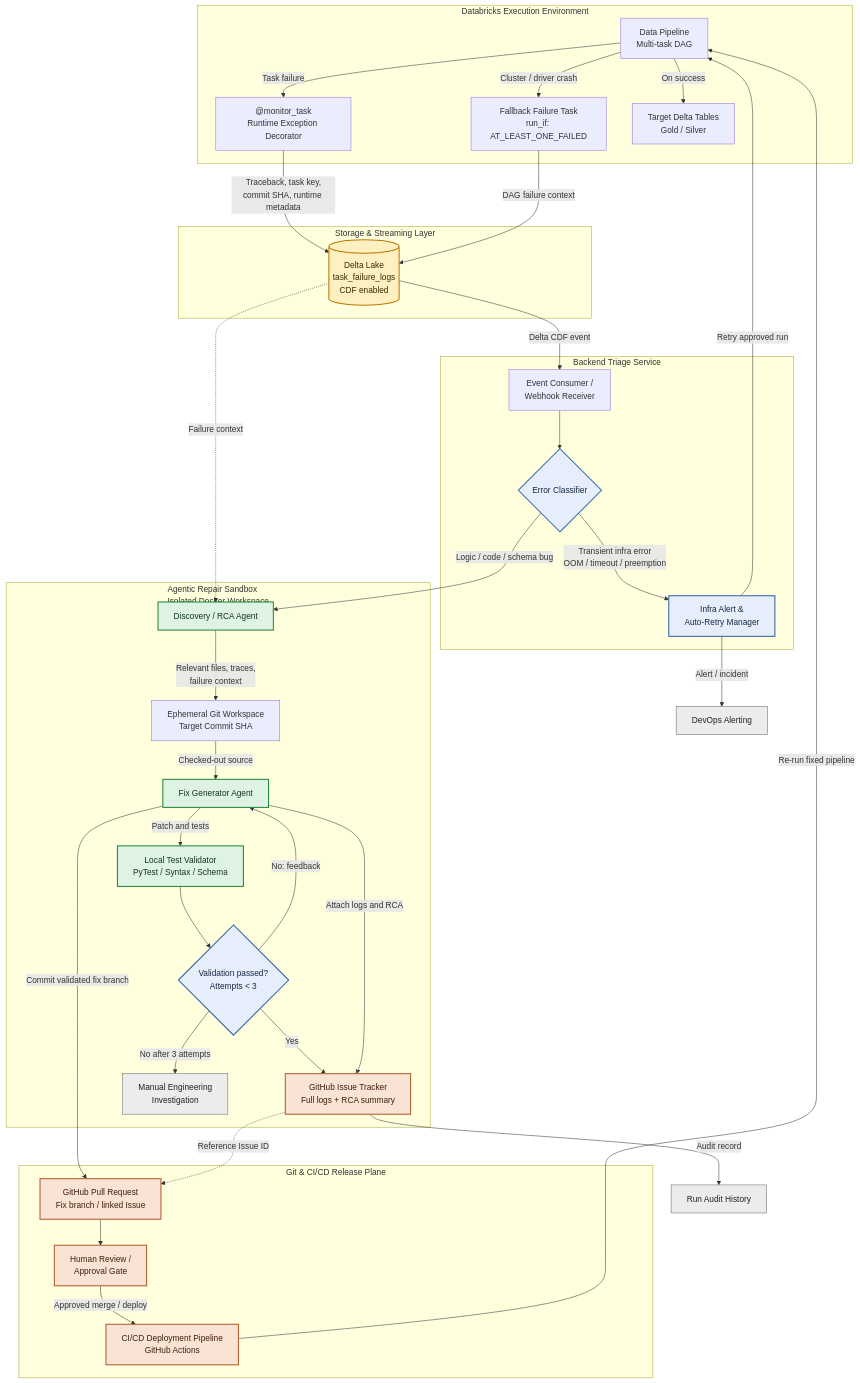
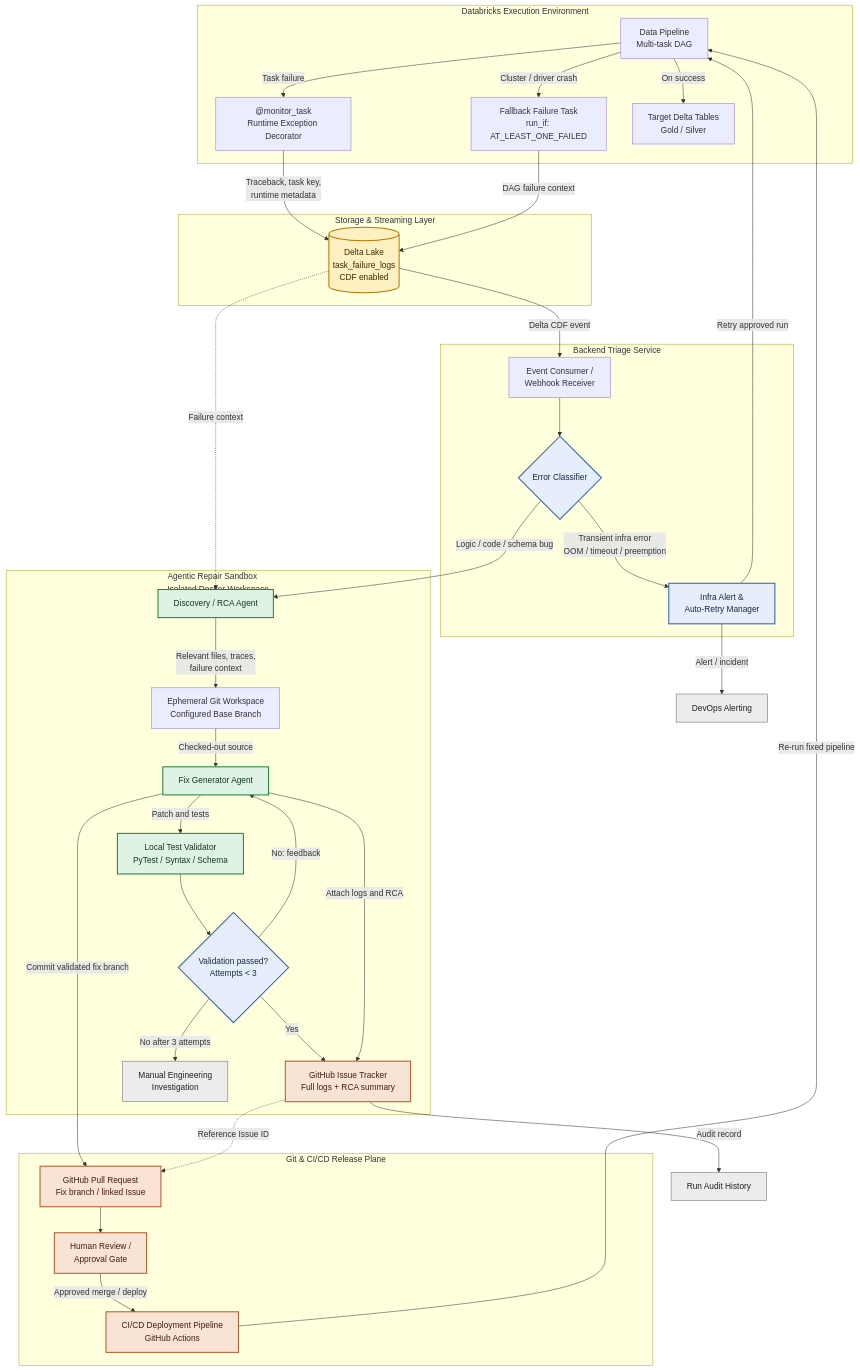
The diagram in AUTOHEAL_DATAENGINE_HLD.md (Santhosh1933/self-healing-pipeline), drawn with Mermaid before and after one commit. The commit also changed other lines of this file and 6 other files, not shown here.

Commit message:
FIX : Commit sha removed

```diff
--- a/AUTOHEAL_DATAENGINE_HLD.md
+++ b/AUTOHEAL_DATAENGINE_HLD.md
@@ -37,7 +37,7 @@
         LOGS[("Delta Lake<br/>task_failure_logs<br/>CDF enabled")];
     end
 
-    MON -->|Traceback, task key,<br/>commit SHA, runtime metadata| LOGS;
+    MON -->|Traceback, task key,<br/>runtime metadata| LOGS;
     FALLBACK -->|DAG failure context| LOGS;
 
     %% Backend classification and infra recovery
@@ -56,7 +56,7 @@
     %% Isolated AI repair workflow
     subgraph SANDBOX["Agentic Repair Sandbox<br/>Isolated Docker Workspace"]
         RCA["Discovery / RCA Agent"];
-        WORKSPACE["Ephemeral Git Workspace<br/>Target Commit SHA"];
+        WORKSPACE["Ephemeral Git Workspace<br/>Configured Base Branch"];
         FIX["Fix Generator Agent"];
         VALIDATOR["Local Test Validator<br/>PyTest / Syntax / Schema"];
         RETRYLOOP{"Validation passed?<br/>Attempts < 3"};
```
